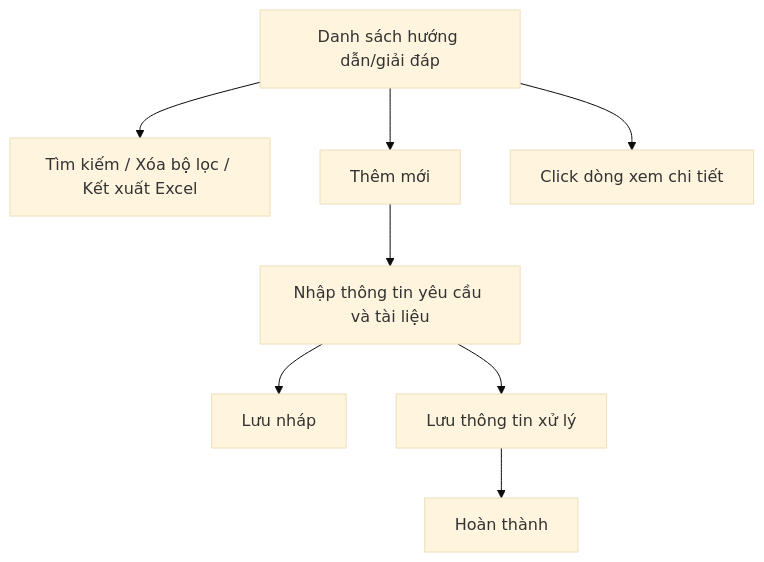
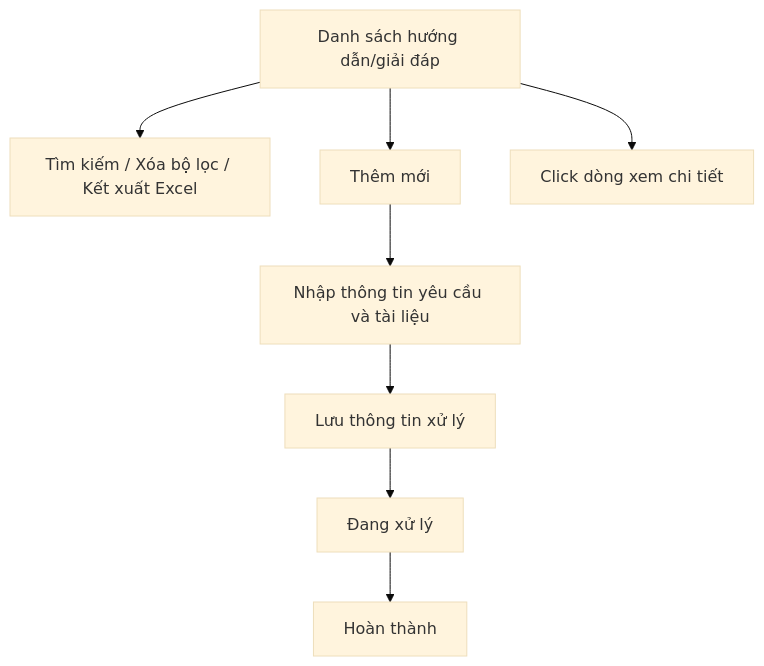
The diagram in Tai lieu phan tich/03_Website_Quan_tri/03_Cong_tac_boi_thuong/SRS_BTNN_DungChung_BTP_STP_HuongDan_NghiepVu.md (huyendt2007/BPBD_UI), drawn with Mermaid (base theme) before and after one commit. The commit also changed other lines of this file and 44 other files, not shown here.

````diff
--- a/Tai lieu phan tich/03_Website_Quan_tri/03_Cong_tac_boi_thuong/SRS_BTNN_DungChung_BTP_STP_HuongDan_NghiepVu.md
+++ b/Tai lieu phan tich/03_Website_Quan_tri/03_Cong_tac_boi_thuong/SRS_BTNN_DungChung_BTP_STP_HuongDan_NghiepVu.md
@@ -23,10 +23,10 @@
 ```mermaid
 flowchart TD
     A[Danh sách hướng dẫn/giải đáp] --> B[Tìm kiếm / Xóa bộ lọc / Kết xuất Excel]
     A --> C[Thêm mới]
     C --> D[Nhập thông tin yêu cầu và tài liệu]
-    D --> E[Lưu nháp]
     D --> F[Lưu thông tin xử lý]
-    F --> G[Hoàn thành]
+    F --> E[Đang xử lý]
+    E --> G[Hoàn thành]
     A --> J[Click dòng xem chi tiết]
 ```
````
